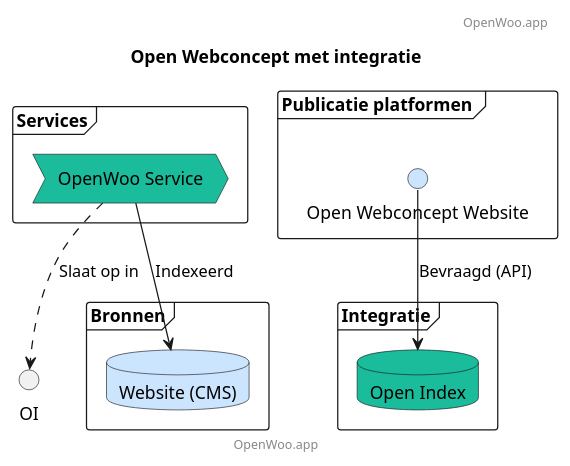
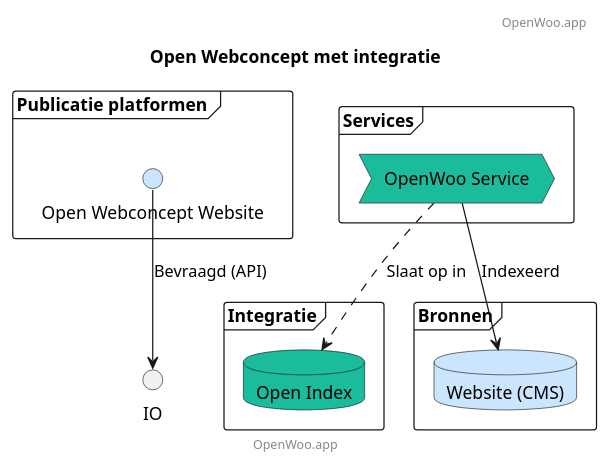
One commit to ConductionNL/woo-website-template changed the diagram in docs/OpenWebConceptMet.puml. Above: the diagram before and after it, drawn with PlantUML. The commit also changed 3 other files, not shown here.

```diff
--- a/docs/OpenWebConceptMet.puml
+++ b/docs/OpenWebConceptMet.puml
@@ -1,31 +1,31 @@
 @startuml
 title Open Webconcept met integratie
 footer: OpenWoo.app
 header: OpenWoo.app
 
 ' Publicatie platformen (Laag 5 UI)
 frame "Publicatie platformen " {
     interface "Open Webconcept Website" as Website #cce5ff
 }
 
 ' Services(Laag 4)
 frame "Services" {
     process "OpenWoo Service"  as OWS #1abc9c
 }
 
 ' Integratie (Laag 3)
 frame "Integratie" {
-    database "Open Index"  as IO #1abc9c
+    database "Open Index"  as OI #1abc9c
 }
 
 ' Bronnen (Laag 2)
 frame "Bronnen" {
     database "Website (CMS)" as CMS #cce5ff
 }
 
 OWS -down-> CMS: Indexeerd
 OWS ..> OI: Slaat op in
 
 Website -down-> IO : Bevraagd (API)
 
 @enduml
```
